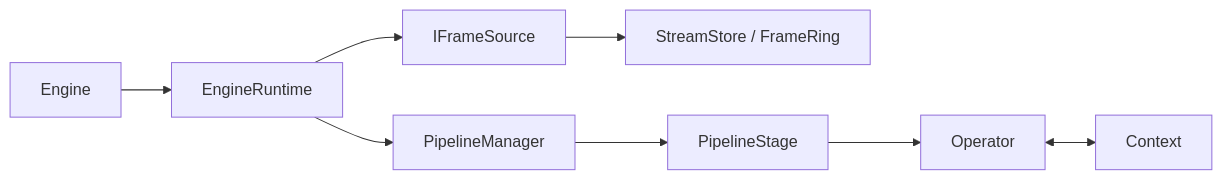
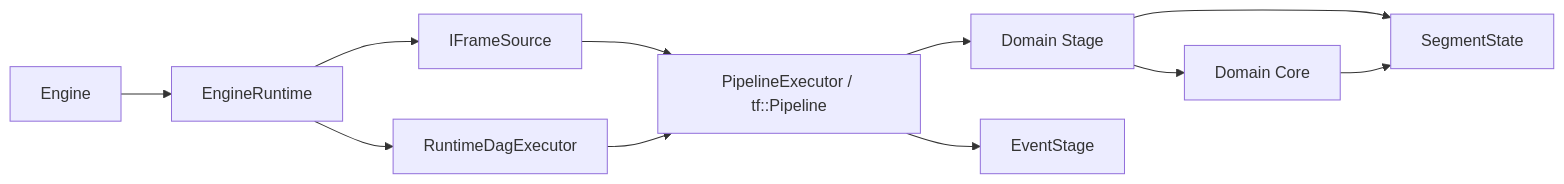
The first of 2 diagrams in doc/architecture.md (eagle-yw/Yspeech), drawn with Mermaid before and after one commit. The commit also changed other lines of this file and 82 other files, not shown here.

First line of the commit message:
feat: Architecture refactor - Introduce Domain/Capability architecture, reorganize module structure

````diff
--- a/doc/architecture.md
+++ b/doc/architecture.md
@@ -5,19 +7,23 @@
 ```mermaid
 flowchart LR
     engine[Engine]
     runtime[EngineRuntime]
     source[IFrameSource]
-    store[StreamStore / FrameRing]
-    manager[PipelineManager]
-    stage[PipelineStage]
-    op[Operator]
-    ctx[Context]
+    dag[RuntimeDagExecutor]
+    pipe[PipelineExecutor / tf::Pipeline]
+    stage[Domain Stage]
+    core[Domain Core]
+    segment[SegmentState]
+    event[EventStage]
 
     engine --> runtime
     runtime --> source
-    source --> store
-    runtime --> manager
-    manager --> stage
-    stage --> op
-    op <--> ctx
+    source --> pipe
+    runtime --> dag
+    dag --> pipe
+    pipe --> stage
+    pipe --> event
+    stage --> core
+    stage --> segment
+    core --> segment
 ```
````
